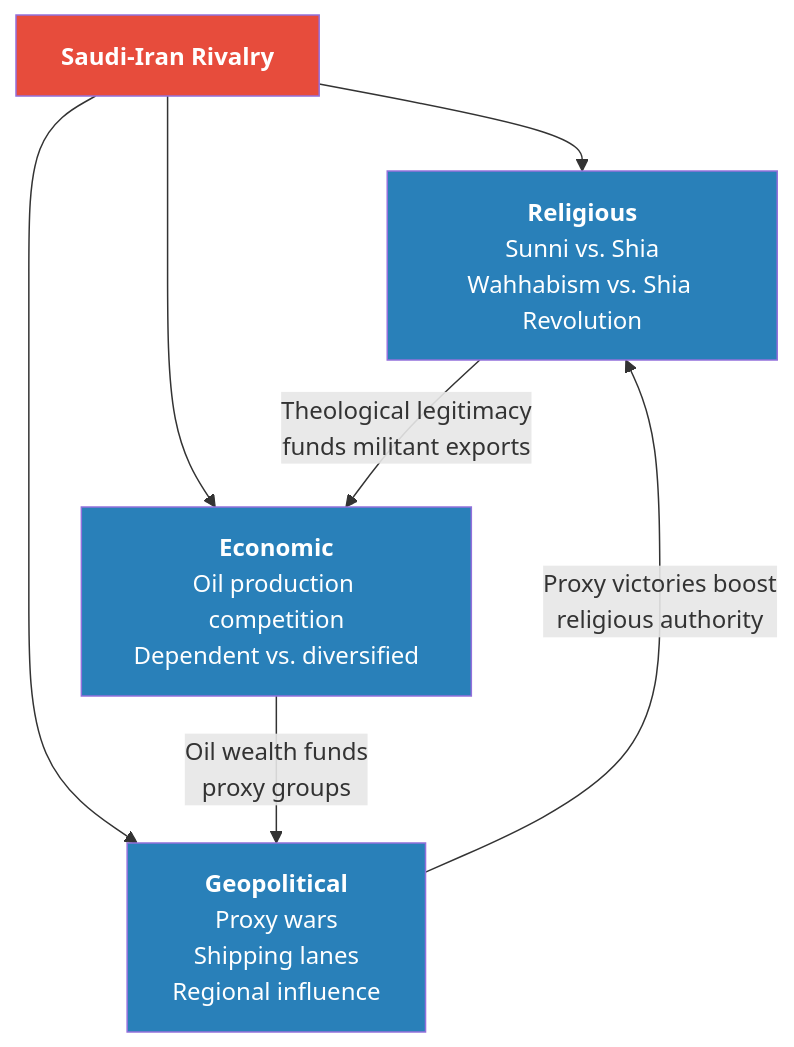
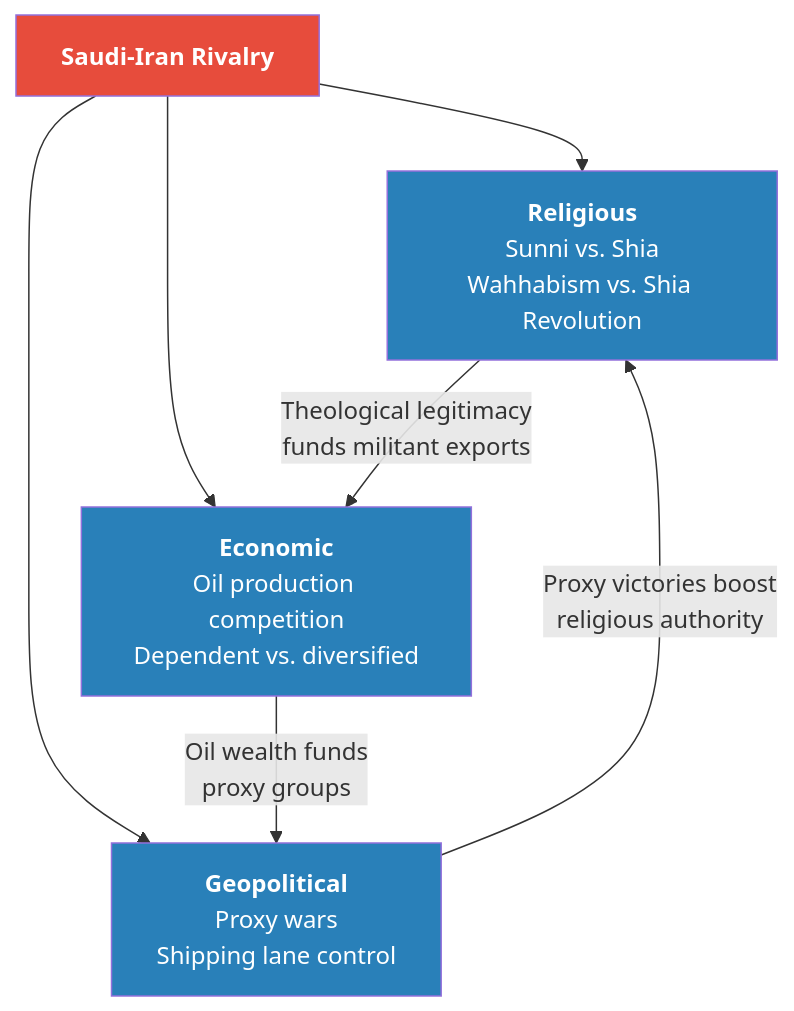
One commit to alius33/reader changed the fifth of 9 diagrams in summaries/Lectures/Geo-Strategy/04 - Saudi Arabia's Trump Card Against Iran.md. Above: the diagram before and after it, drawn with Mermaid. The commit also changed other lines of this file and 26 other files, not shown here.

````diff
--- a/summaries/Lectures/Geo-Strategy/04 - Saudi Arabia's Trump Card Against Iran.md
+++ b/summaries/Lectures/Geo-Strategy/04 - Saudi Arabia's Trump Card Against Iran.md
@@ -307,14 +249,14 @@
 ```mermaid
 flowchart TB
     R["<b>Saudi-Iran Rivalry</b>"]
     R --> D1["<b>Religious</b><br/>Sunni vs. Shia<br/>Wahhabism vs. Shia Revolution"]
     R --> D2["<b>Economic</b><br/>Oil production competition<br/>Dependent vs. diversified"]
-    R --> D3["<b>Geopolitical</b><br/>Proxy wars<br/>Shipping lanes<br/>Regional influence"]
+    R --> D3["<b>Geopolitical</b><br/>Proxy wars<br/>Shipping lane control"]
     D1 -->|"Theological legitimacy<br/>funds militant exports"| D2
     D2 -->|"Oil wealth funds<br/>proxy groups"| D3
     D3 -->|"Proxy victories boost<br/>religious authority"| D1
     style R fill:#e74c3c,color:#fff
     style D1 fill:#2980b9,color:#fff
     style D2 fill:#2980b9,color:#fff
     style D3 fill:#2980b9,color:#fff
 ```
````
